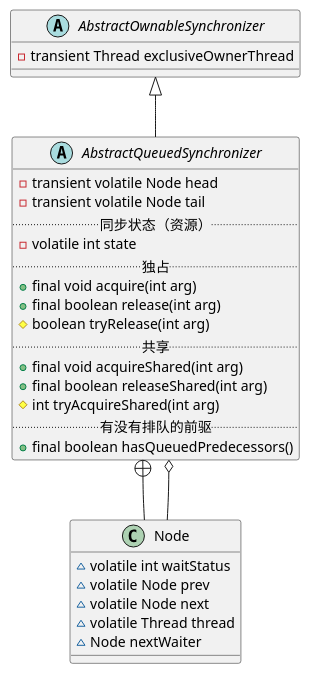
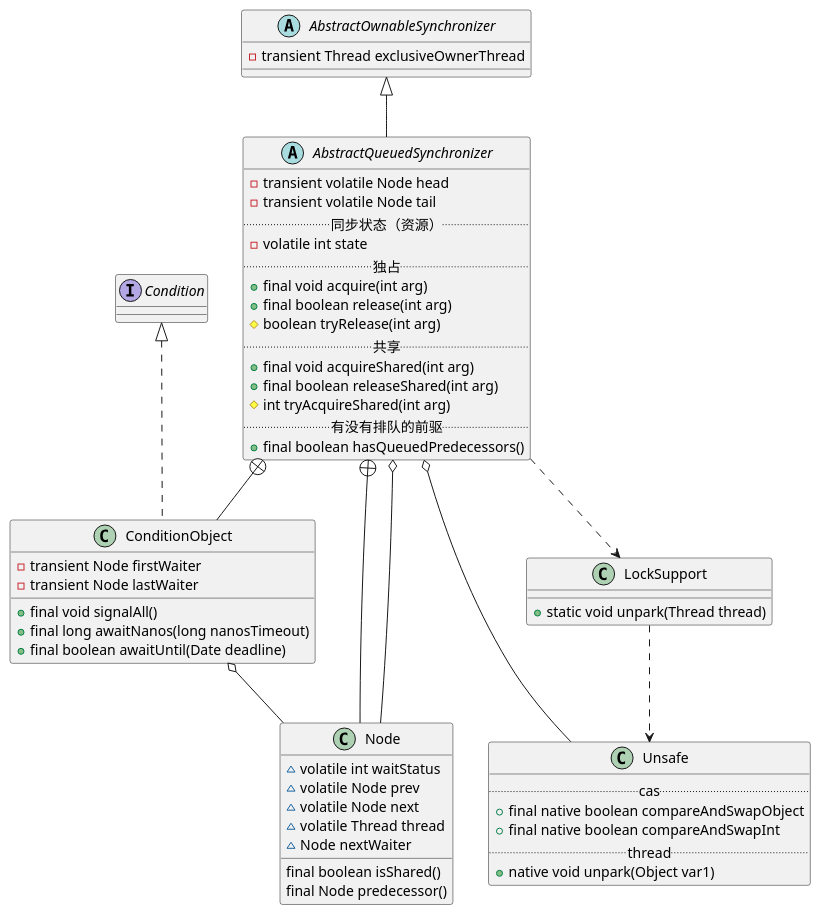
Before and after one commit to onlyonion/development: the diagram in 10-java/src/rt.jar.src/java/util/concurrent/locks/AbstractQueuedSynchronizer.md, drawn with PlantUML. The commit also changed other lines of this file and 19 other files, not shown here.

````diff
--- a/10-java/src/rt.jar.src/java/util/concurrent/locks/AbstractQueuedSynchronizer.md
+++ b/10-java/src/rt.jar.src/java/util/concurrent/locks/AbstractQueuedSynchronizer.md
@@ -27,38 +35,77 @@
 ```plantuml
 @startuml
 
 abstract class AbstractOwnableSynchronizer {
     - transient Thread exclusiveOwnerThread
 }
 
+'''''''''''''''''''''队列同步器'''''''''''''''''''''
 abstract class AbstractQueuedSynchronizer {
     - transient volatile Node head
     - transient volatile Node tail
     .. 同步状态（资源） ..
     - volatile int state
     .. 独占 ..
     + final void acquire(int arg)
     + final boolean release(int arg)
     # boolean tryRelease(int arg) 
     .. 共享 ..
     + final void acquireShared(int arg) 
     + final boolean releaseShared(int arg) 
     # int tryAcquireShared(int arg)
     .. 有没有排队的前驱 ..
     + final boolean hasQueuedPredecessors()
 }
 
+'''''''''''''''''''''节点数据结构'''''''''''''''''''''
 class Node {
     ~ volatile int waitStatus
     ~ volatile Node prev
     ~ volatile Node next
     ~ volatile Thread thread
     ~ Node nextWaiter
+    final boolean isShared()
+    final Node predecessor()
 }
 
 AbstractOwnableSynchronizer <|-- AbstractQueuedSynchronizer
 AbstractQueuedSynchronizer +-- Node
 AbstractQueuedSynchronizer o-- Node
 
+
+'''''''''''''''''''''条件变量'''''''''''''''''''''
+AbstractQueuedSynchronizer +-- ConditionObject
+interface Condition
+Condition ^.. ConditionObject
+
+class ConditionObject {
+    - transient Node firstWaiter
+    - transient Node lastWaiter
+    + final void signalAll()
+    + final long awaitNanos(long nanosTimeout)
+    + final boolean awaitUntil(Date deadline)
+}
+
+ConditionObject o-- Node
+
+
+'''''''''''''''''''''支撑类'''''''''''''''''''''
+AbstractQueuedSynchronizer o-- Unsafe
+AbstractQueuedSynchronizer ..> LockSupport
+
+class Unsafe {
+    .. cas ..
+    + final native boolean compareAndSwapObject
+    + final native boolean compareAndSwapInt
+    .. thread ..
+    + native void unpark(Object var1)
+}
+
+class LockSupport {
+    + static void unpark(Thread thread)
+}
+LockSupport ..> Unsafe
+
+
 @enduml
 ```
````
